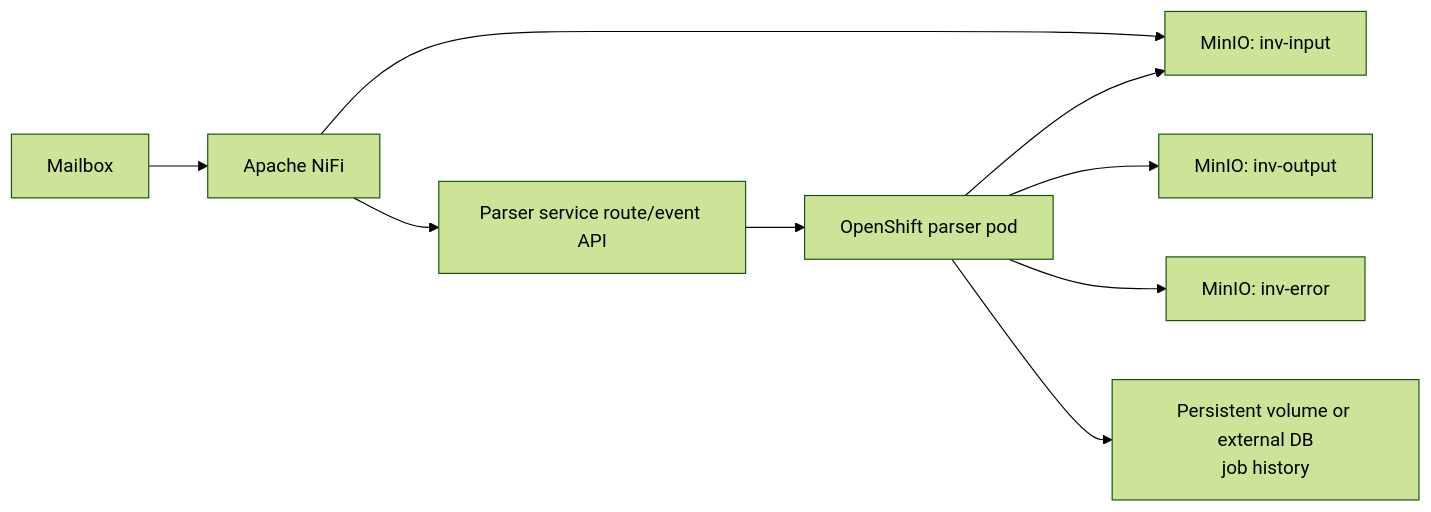
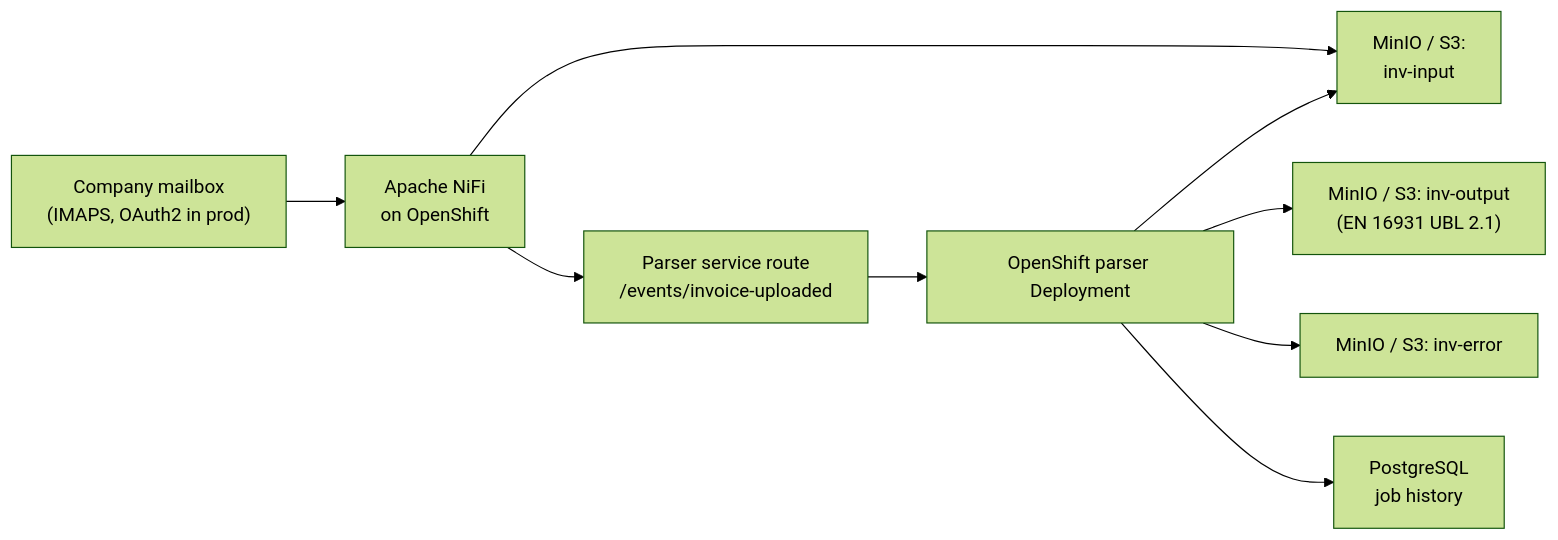
One commit to domisj-cloud/invoice-parser changed the sixth of 6 diagrams in docs/architecture.md. Above: the diagram before and after it, drawn with Mermaid (forest theme). The commit also changed other lines of this file, not shown here.

First line of the commit message:
Update architecture doc for email ingestion + EN 16931 output

````diff
--- a/docs/architecture.md
+++ b/docs/architecture.md
@@ -211,11 +254,11 @@
 ```mermaid
 flowchart LR
-  mailbox["Mailbox"] --> nifi["Apache NiFi"]
-  nifi --> minioIn["MinIO: inv-input"]
-  nifi --> route["Parser service route/event API"]
-  route --> pod["OpenShift parser pod"]
+  mailbox["Company mailbox\n(IMAPS, OAuth2 in prod)"] --> nifi["Apache NiFi\non OpenShift"]
+  nifi --> minioIn["MinIO / S3:\ninv-input"]
+  nifi --> route["Parser service route\n/events/invoice-uploaded"]
+  route --> pod["OpenShift parser Deployment"]
   pod --> minioIn
-  pod --> minioOut["MinIO: inv-output"]
-  pod --> minioErr["MinIO: inv-error"]
-  pod --> pv["Persistent volume or external DB\njob history"]
+  pod --> minioOut["MinIO / S3: inv-output\n(EN 16931 UBL 2.1)"]
+  pod --> minioErr["MinIO / S3: inv-error"]
+  pod --> db["PostgreSQL\njob history"]
 ```
````
